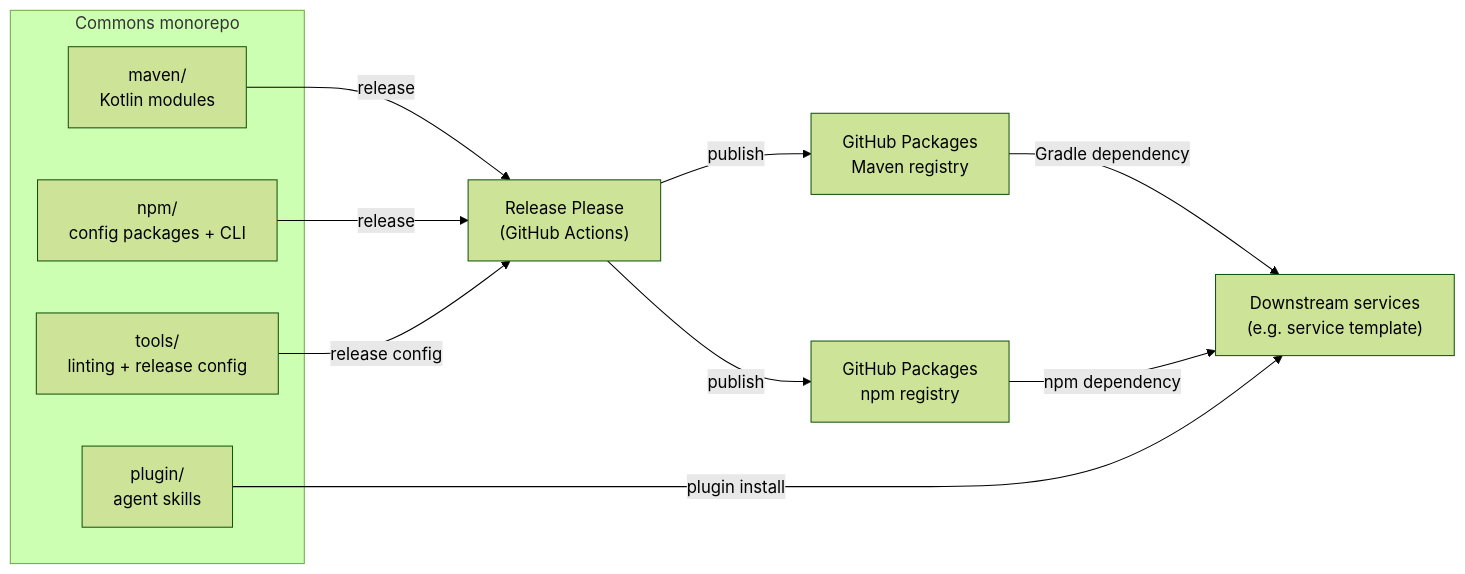
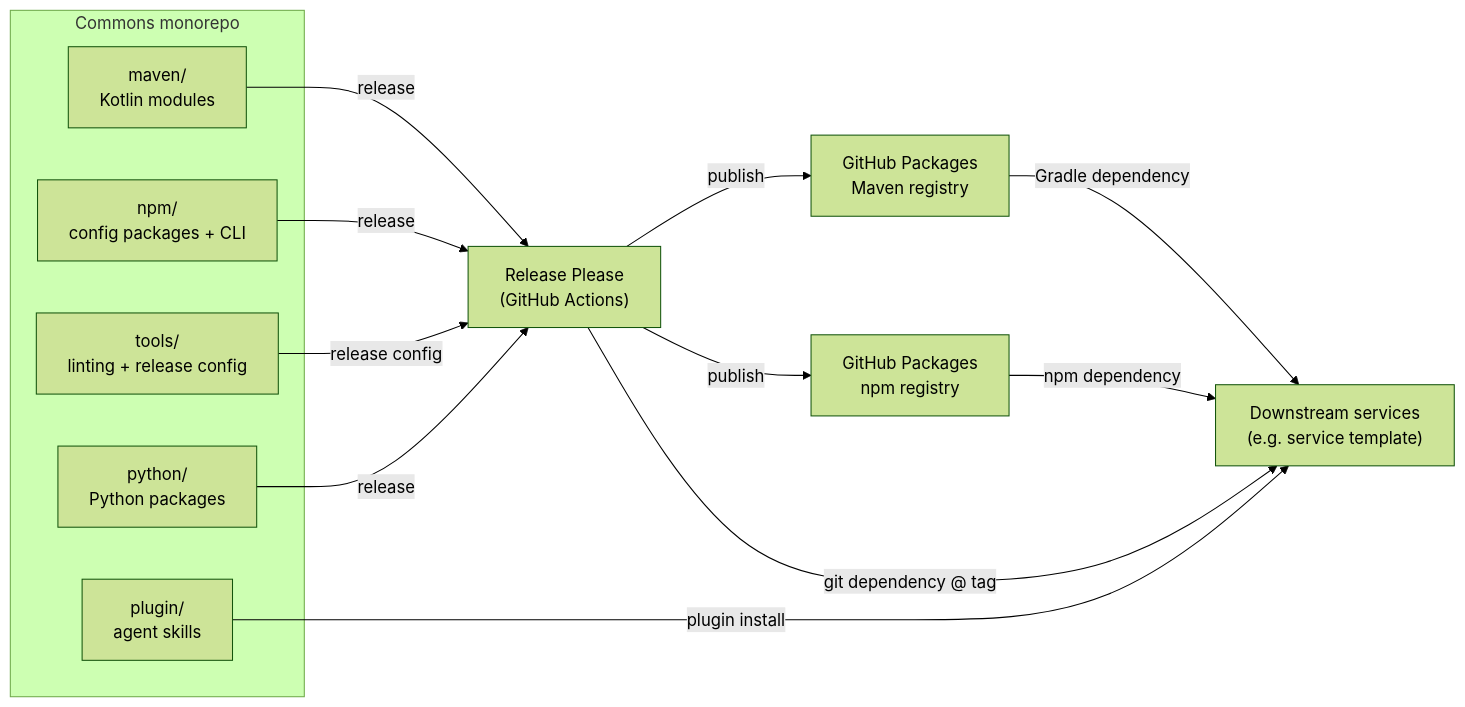
Before and after one commit to aimarchirico/commons: the first of 2 diagrams in docs/ARCHITECTURE.md, drawn with Mermaid (forest theme). The commit also changed other lines of this file and 3 other files, not shown here.

First line of the commit message:
docs(commons-python): add module README and update architecture docs

````diff
--- a/docs/ARCHITECTURE.md
+++ b/docs/ARCHITECTURE.md
@@ -12,25 +12,28 @@
 ```mermaid
 graph LR
     subgraph Commons["Commons monorepo"]
         maven_src["maven/<br/>Kotlin modules"]
         npm_src["npm/<br/>config packages + CLI"]
         tools_src["tools/<br/>linting + release config"]
         plugin["plugin/<br/>agent skills"]
+        python_src["python/<br/>Python packages"]
     end
 
     rp["Release Please<br/>(GitHub Actions)"]
     maven_reg["GitHub Packages<br/>Maven registry"]
     npm_reg["GitHub Packages<br/>npm registry"]
 
     consumers["Downstream services<br/>(e.g. service template)"]
 
     maven_src -->|release| rp
     npm_src -->|release| rp
     tools_src -->|release config| rp
+    python_src -->|release| rp
     rp -->|publish| maven_reg
     rp -->|publish| npm_reg
 
     maven_reg -->|Gradle dependency| consumers
     npm_reg -->|npm dependency| consumers
+    rp -->|git dependency @ tag| consumers
     plugin -->|plugin install| consumers
 ```
````
